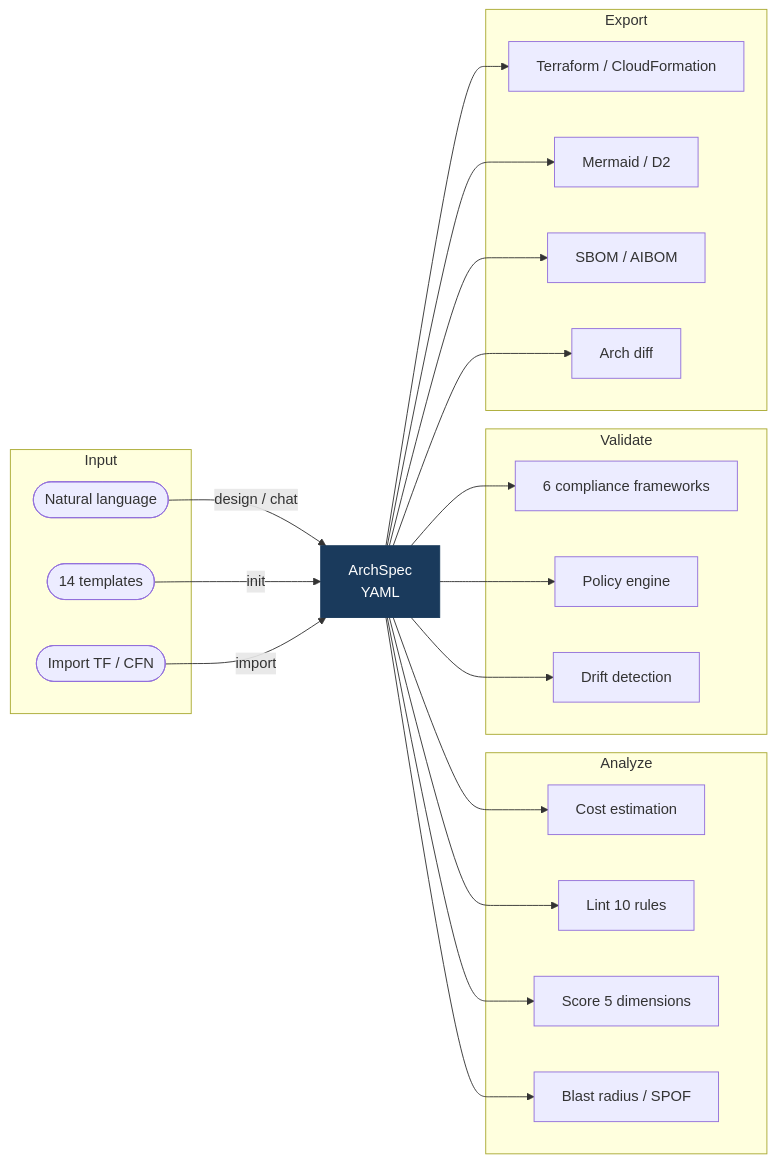
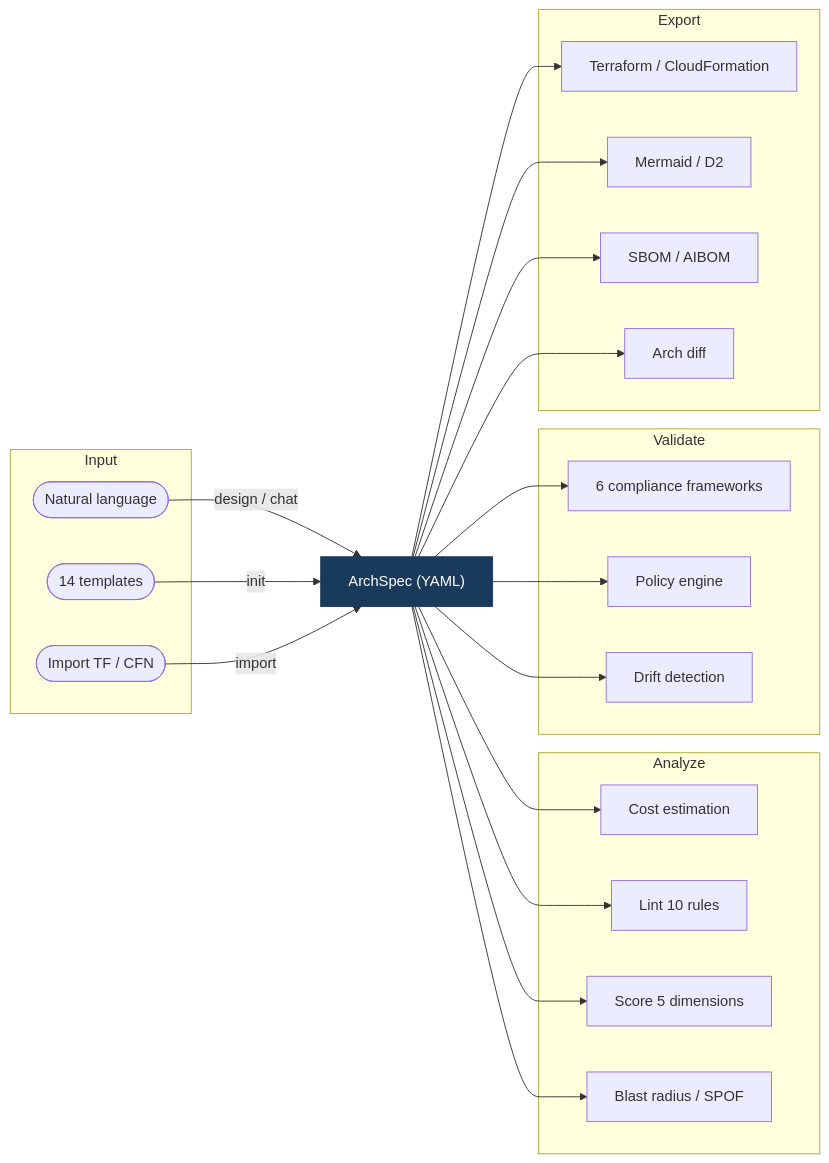
Before and after one commit to xmpuspus/cloudwright: the first of 2 diagrams in README.md, drawn with Mermaid. The commit also changed 2 other files, not shown here.

Commit message:
Fix CI ruff format failures, fix Mermaid label rendering (#48)
chat.py and architect.py had formatting issues causing CI to fail on
every push. Also fix ArchSpec label showing literal \nYAML.

````diff
--- a/README.md
+++ b/README.md
@@ -13,40 +13,40 @@
 ```mermaid
 flowchart LR
     subgraph Input
         nl(["Natural language"])
         tpl(["14 templates"])
         imp(["Import TF / CFN"])
     end
 
-    spec["ArchSpec\nYAML"]
+    spec["ArchSpec (YAML)"]
 
     subgraph Analyze
         cost["Cost estimation"]
         lint["Lint 10 rules"]
         score["Score 5 dimensions"]
         blast["Blast radius / SPOF"]
     end
 
     subgraph Validate
         comply["6 compliance frameworks"]
         policy["Policy engine"]
         drift["Drift detection"]
     end
 
     subgraph Export
         iac["Terraform / CloudFormation"]
         diagram["Mermaid / D2"]
         sbom["SBOM / AIBOM"]
         diff["Arch diff"]
     end
 
     nl -- design / chat --> spec
     tpl -- init --> spec
     imp -- import --> spec
 
     spec --> cost & lint & score & blast
     spec --> comply & policy & drift
     spec --> iac & diagram & sbom & diff
 
     style spec fill:#1a3a5c,stroke:#1a3a5c,color:#fff
 ```
````
